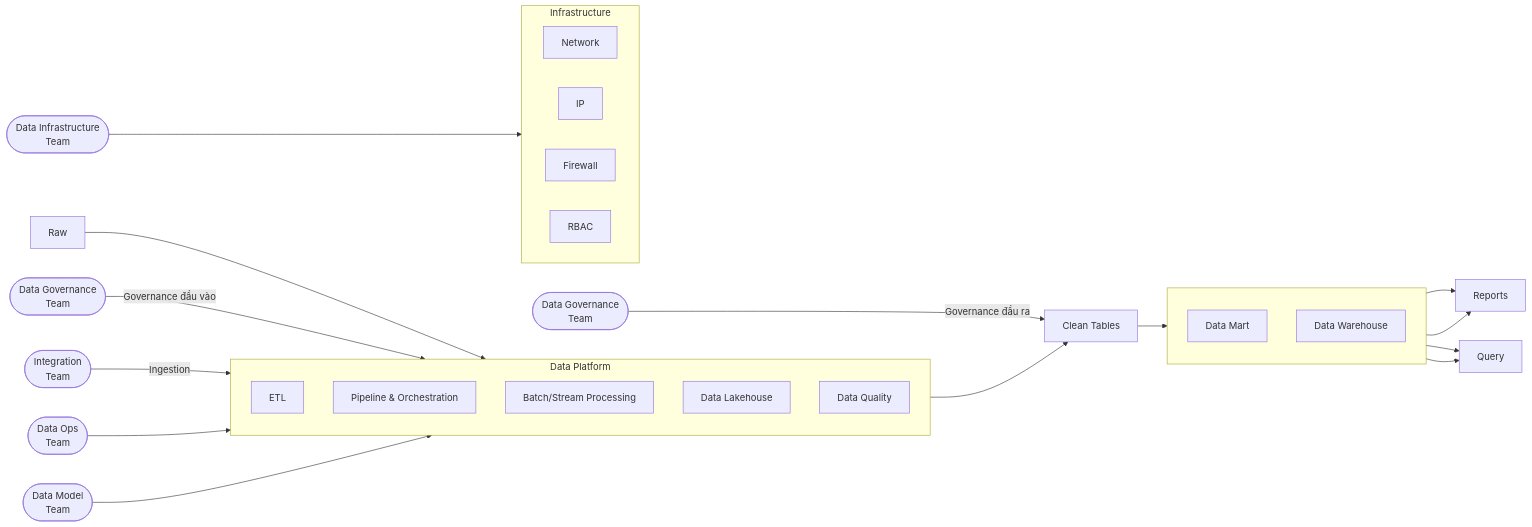
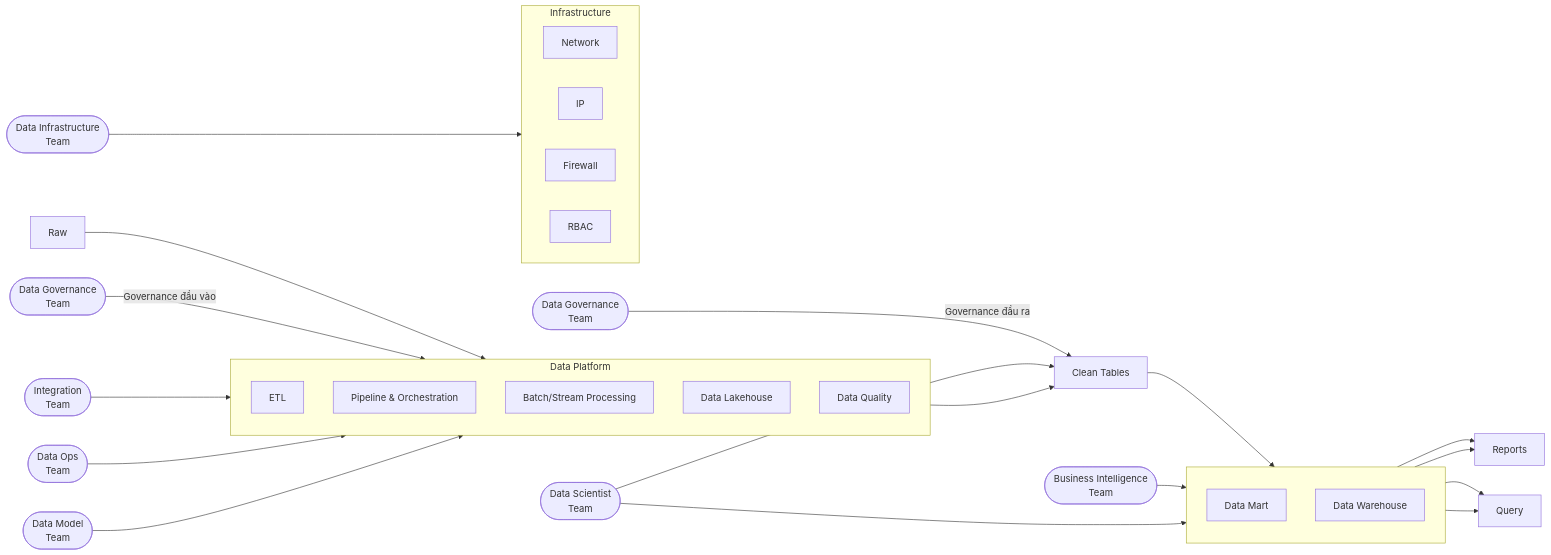
The diagram in README.md (MinhQuanThach/data-role), drawn with Mermaid before and after one commit. The commit also changed other lines of this file and 3 other files, not shown here.

````diff
--- a/README.md
+++ b/README.md
@@ -3,58 +3,64 @@
 ```mermaid
 flowchart LR
 RAW["Raw"]
 
     GOV_IN(["Data Governance<br/>Team"])
     ING(["Integration<br/>Team"])
     OPS(["Data Ops<br/>Team"])
     MODEL(["Data Model<br/>Team"])
     GOV_OUT(["Data Governance<br/>Team"])
+    BI(["Business Intelligence<br/>Team"])
+    DS(["Data Scientist<br/>Team"])
 
     subgraph PLATFORM["Data Platform"]
         direction TB
         ETL["ETL"]
         PIPE["Pipeline & Orchestration"]
         PROCESS["Batch/Stream Processing"]
         LAKEHOUSE["Data Lakehouse"]
         QUALITY["Data Quality"]
     end
 
     CLEAN["Clean Tables"]
 
     subgraph ANALYTICS[" "]
         direction TB
         MART["Data Mart"]
         DWH["Data Warehouse"]
     end
 
     REPORTS["Reports"]
     QUERY["Query"]
 
     INFRA_TEAM(["Data Infrastructure<br/>Team"])
 
     subgraph INFRA["Infrastructure"]
         direction LR
         NETWORK["Network"]
         IP["IP"]
         FIREWALL["Firewall"]
         RBAC["RBAC"]
     end
 
     RAW --> PLATFORM
     GOV_IN -->|"Governance đầu vào"| PLATFORM
-    ING -->|"Ingestion"| PLATFORM
+    ING --> PLATFORM
     OPS --> PLATFORM
     MODEL --> PLATFORM
 
     PLATFORM --> CLEAN
     GOV_OUT -->|"Governance đầu ra"| CLEAN
-    CLEAN --> DWH
+    CLEAN --> ANALYTICS
+
+    BI --> ANALYTICS
+    DS --> CLEAN
+    DS --> ANALYTICS
 
     DWH --> REPORTS
     DWH --> QUERY
     MART --> REPORTS
     MART --> QUERY
 
     INFRA_TEAM --> INFRA
 
 ```
````
